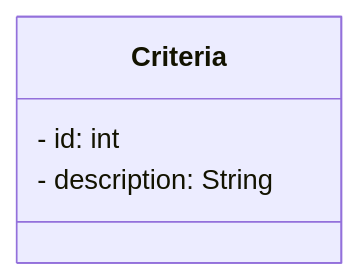
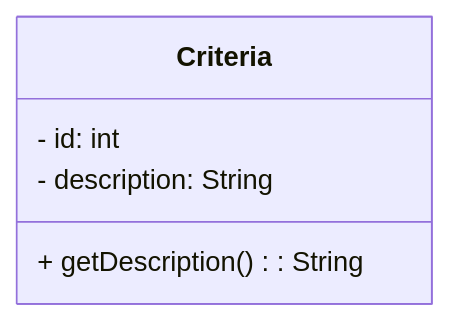
Diagram 16 of 18 in 5. Software E/Project MVC.md (DoanNgocCuong/home), drawn with Mermaid before and after one commit. The commit also changed other lines of this file, not shown here.

````diff
--- a/5. Software E/Project MVC.md
+++ b/5. Software E/Project MVC.md
@@ -757,7 +770,8 @@
 ```mermaid
 classDiagram
     class Criteria {
         - id: int
         - description: String
+        + getDescription(): String
     }
 ```
````
